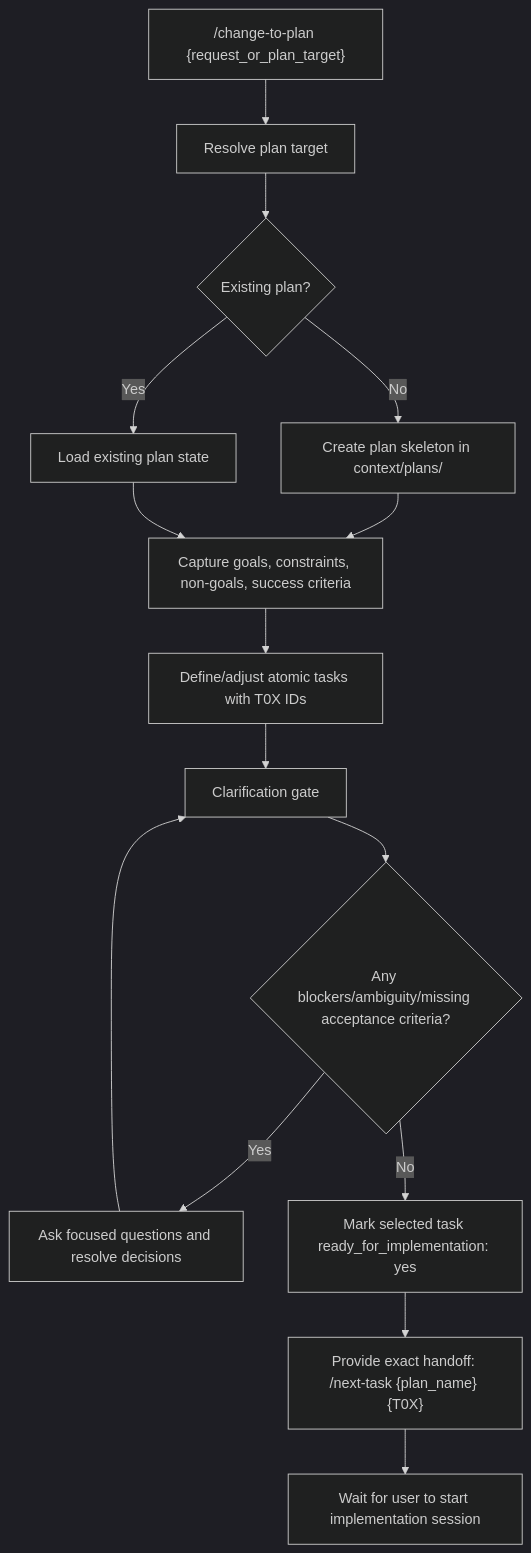
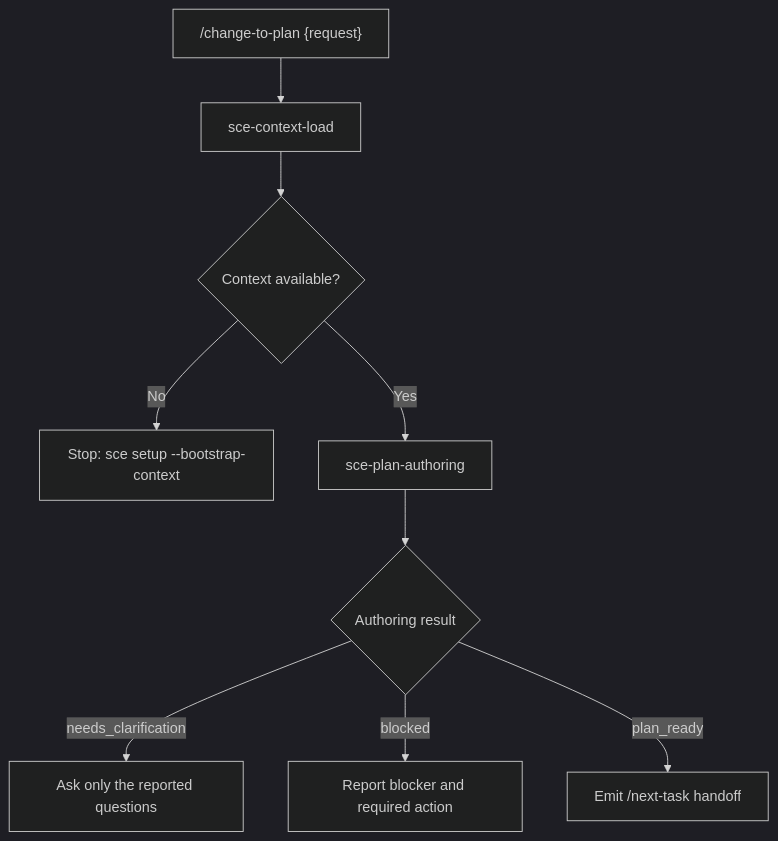
Before and after one commit to crocoder-dev/shared-context-engineering: the diagram in context/sce/shared-context-plan-workflow.md, drawn with Mermaid (dark theme). The commit also changed other lines of this file and 150 other files, not shown here.

````diff
--- a/context/sce/shared-context-plan-workflow.md
+++ b/context/sce/shared-context-plan-workflow.md
@@ -62,22 +46,11 @@
 ```mermaid
 flowchart TD
-    A["/change-to-plan {request_or_plan_target}"] --> B["Resolve plan target"]
-    B --> C{"Existing plan?"}
-
-    C -- "No" --> D["Create plan skeleton in context/plans/"]
-    C -- "Yes" --> E["Load existing plan state"]
-
-    D --> F["Capture goals, constraints, non-goals, success criteria"]
-    E --> F
-
-    F --> G["Define/adjust atomic tasks with T0X IDs"]
-    G --> H["Clarification gate"]
-    H --> I{"Any blockers/ambiguity/missing acceptance criteria?"}
-
-    I -- "Yes" --> J["Ask focused questions and resolve decisions"]
-    J --> H
-
-    I -- "No" --> K["Mark selected task ready_for_implementation: yes"]
-    K --> L["Provide exact handoff: /next-task {plan_name} {T0X}"]
-    L --> M["Wait for user to start implementation session"]
+    A["/change-to-plan {request}"] --> B["sce-context-load"]
+    B --> C{"Context available?"}
+    C -- "No" --> D["Stop: sce setup --bootstrap-context"]
+    C -- "Yes" --> E["sce-plan-authoring"]
+    E --> F{"Authoring result"}
+    F -- "needs_clarification" --> G["Ask only the reported questions"]
+    F -- "blocked" --> H["Report blocker and required action"]
+    F -- "plan_ready" --> I["Emit /next-task handoff"]
 ```
````
